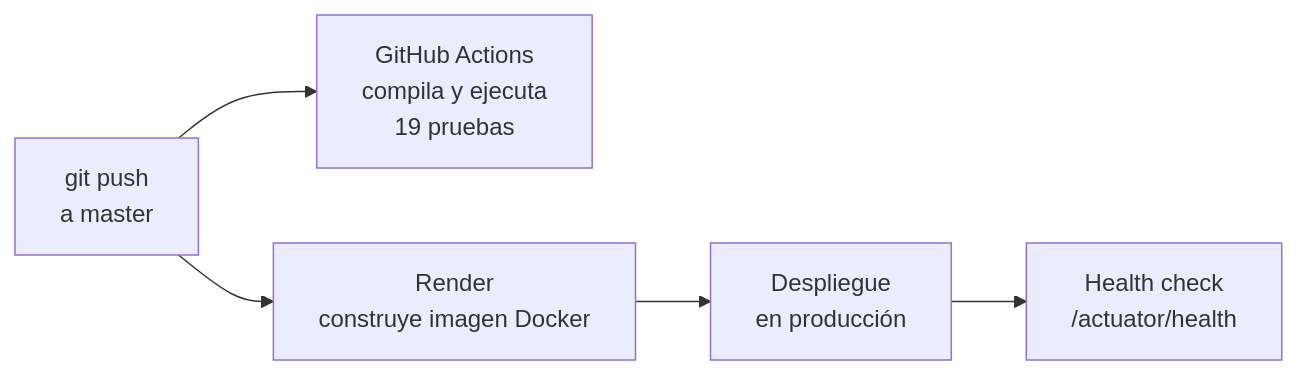
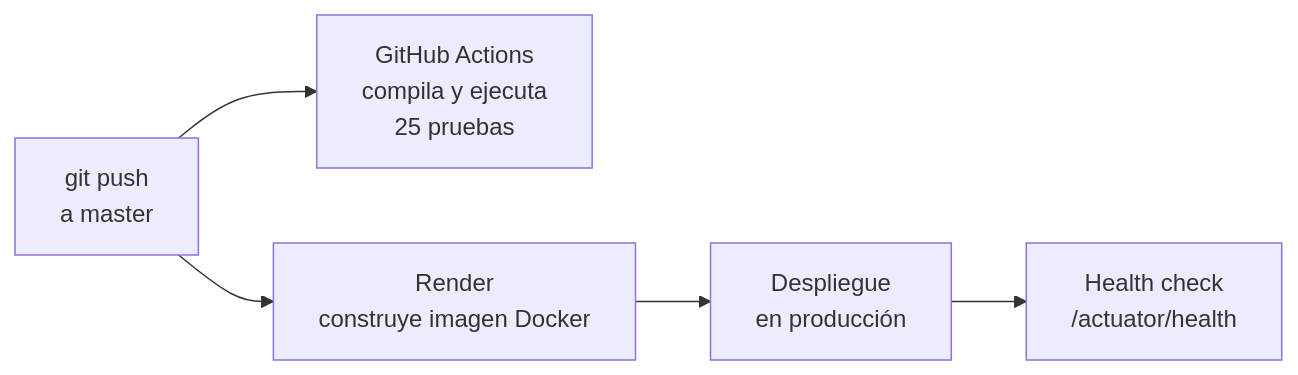
The second of 2 diagrams in README.md (DiegoAndreRodriguez/customer-account-service), drawn with Mermaid before and after one commit. The commit also changed other lines of this file and 3 other files, not shown here.

````diff
--- a/README.md
+++ b/README.md
@@ -165,7 +167,7 @@
 ```mermaid
 flowchart LR
-    A["git push<br/>a master"] --> B["GitHub Actions<br/>compila y ejecuta<br/>19 pruebas"]
+    A["git push<br/>a master"] --> B["GitHub Actions<br/>compila y ejecuta<br/>25 pruebas"]
     A --> C["Render<br/>construye imagen Docker"]
     C --> D["Despliegue<br/>en producción"]
     D --> E["Health check<br/>/actuator/health"]
 ```
````
